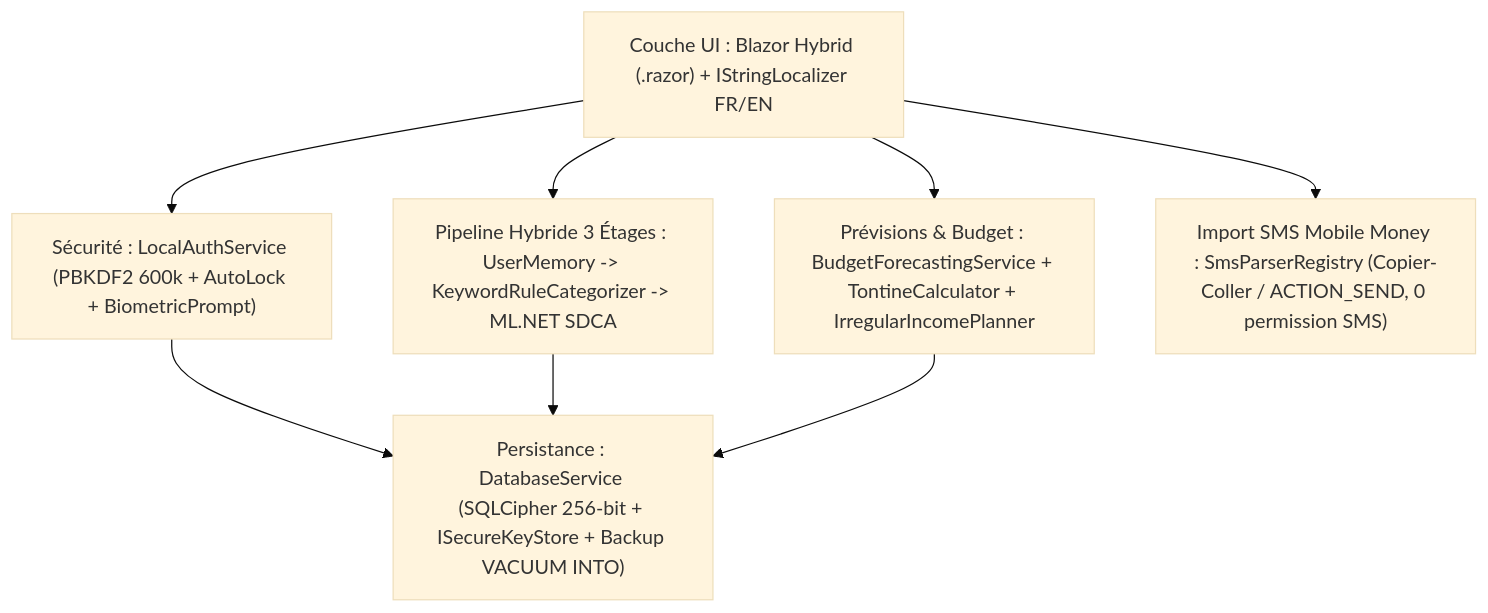
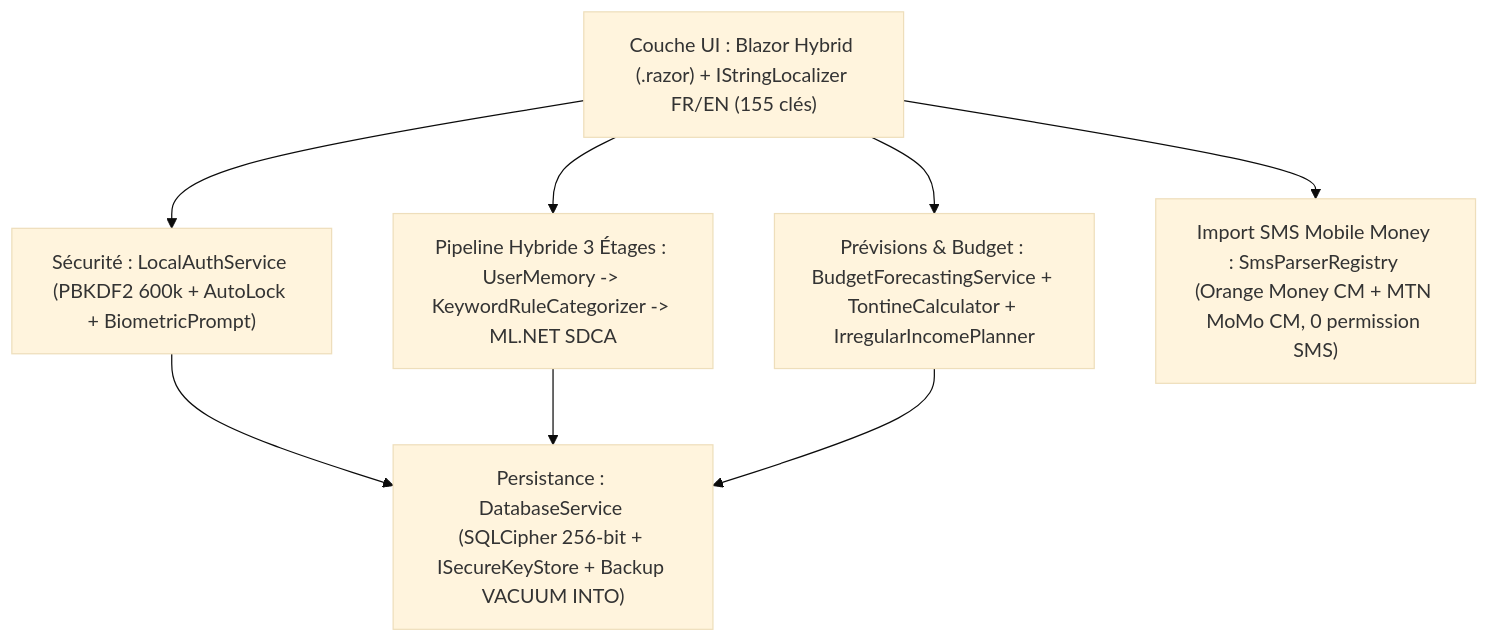
Before and after one commit to ElogeKenzo/SmartBudgetML: the diagram in README.md, drawn with Mermaid (base theme). The commit also changed other lines of this file and 15 other files, not shown here.

````diff
--- a/README.md
+++ b/README.md
@@ -33,17 +35,17 @@
 ```mermaid
 flowchart TD
-    UI["Couche UI : Blazor Hybrid (.razor) + IStringLocalizer FR/EN"]
+    UI["Couche UI : Blazor Hybrid (.razor) + IStringLocalizer FR/EN (155 clés)"]
     AUTH["Sécurité : LocalAuthService (PBKDF2 600k + AutoLock + BiometricPrompt)"]
     ML["Pipeline Hybride 3 Étages : UserMemory -> KeywordRuleCategorizer -> ML.NET SDCA"]
     FORECAST["Prévisions & Budget : BudgetForecastingService + TontineCalculator + IrregularIncomePlanner"]
-    SMS["Import SMS Mobile Money : SmsParserRegistry (Copier-Coller / ACTION_SEND, 0 permission SMS)"]
+    SMS["Import SMS Mobile Money : SmsParserRegistry (Orange Money CM + MTN MoMo CM, 0 permission SMS)"]
     DB["Persistance : DatabaseService (SQLCipher 256-bit + ISecureKeyStore + Backup VACUUM INTO)"]
 
     UI --> AUTH
     UI --> ML
     UI --> FORECAST
     UI --> SMS
     AUTH --> DB
     ML --> DB
     FORECAST --> DB
 ```
````
